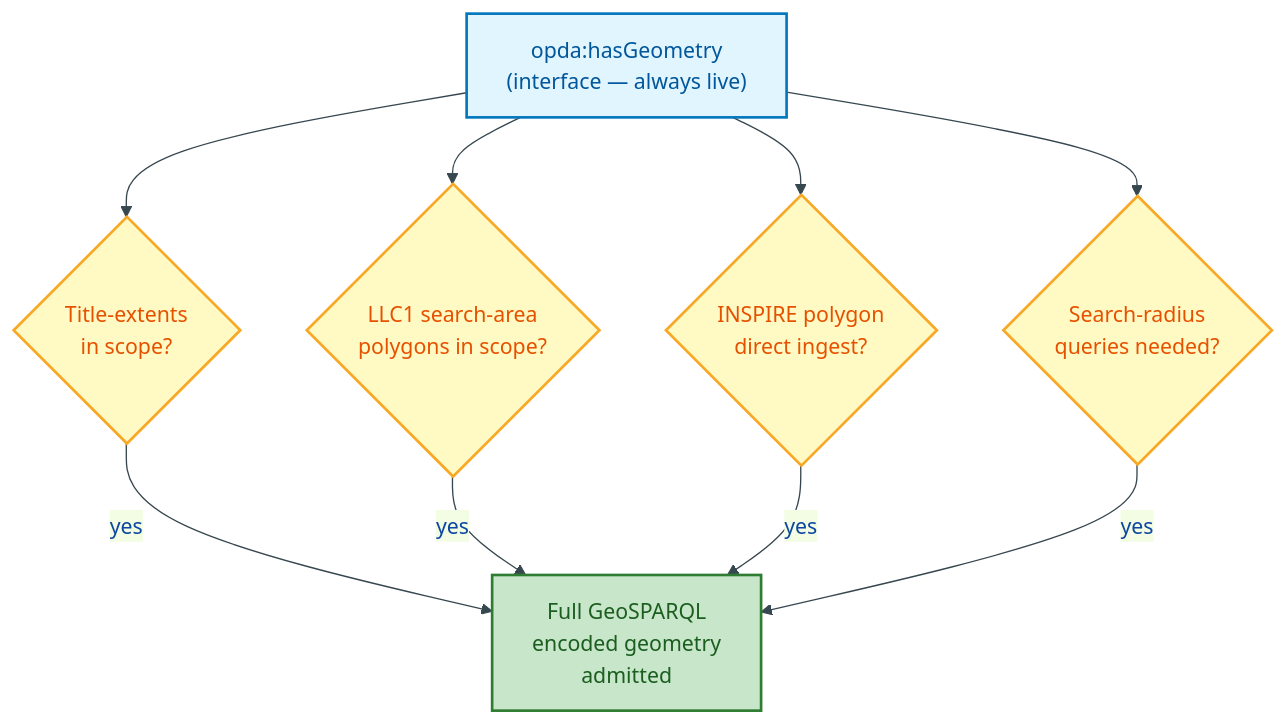
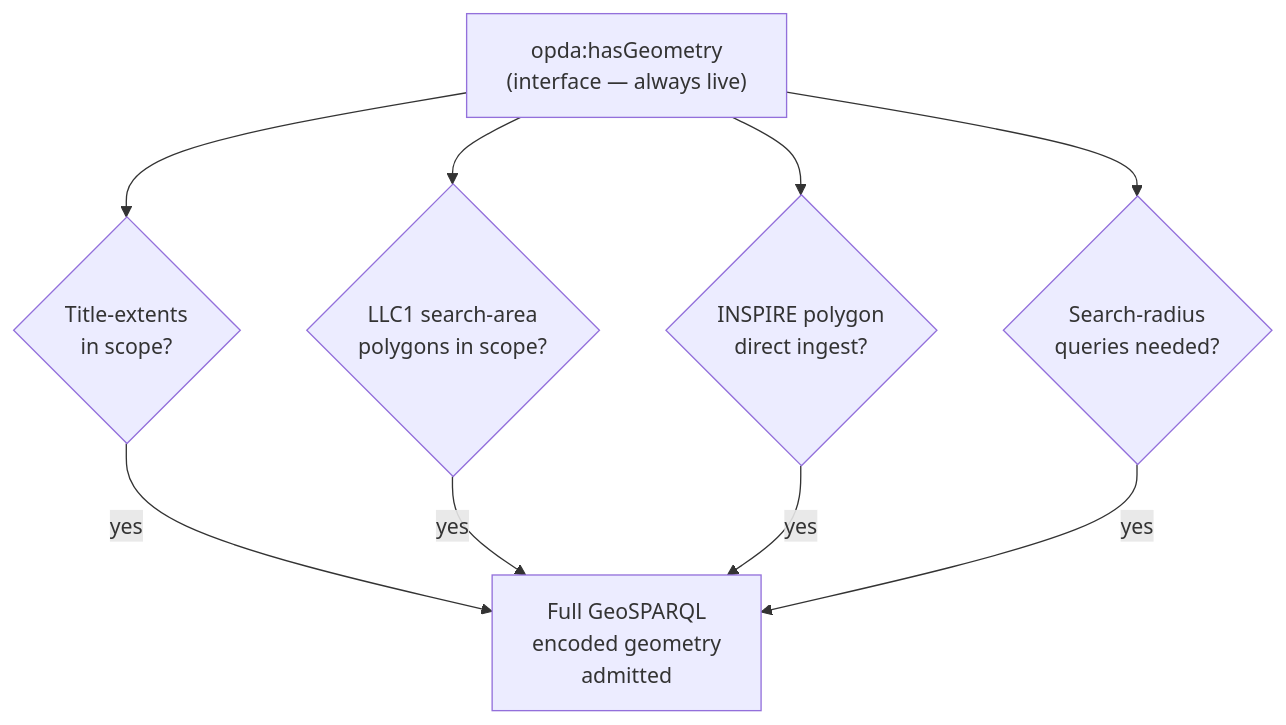
Before and after one commit to sparkling/opda: the third of 4 diagrams in docs/ontology/odr/ODR-0015-address-and-geography.md, drawn with Mermaid. The commit also changed other lines of this file and 25 other files, not shown here.

````diff
--- a/docs/ontology/odr/ODR-0015-address-and-geography.md
+++ b/docs/ontology/odr/ODR-0015-address-and-geography.md
@@ -92,23 +87,19 @@
 ```mermaid
-%%{init:{"theme":"base","themeVariables":{"primaryColor":"#E3F2FD","primaryTextColor":"#0D47A1","primaryBorderColor":"#1565C0","lineColor":"#37474F"}}}%%
 flowchart TD
     accTitle: GeoSPARQL admission triggers for opda:hasGeometry
     accDescr: opda:hasGeometry is live as an interface; four triggers activate full GeoSPARQL encoded geometry support.
-    classDef process fill:#E1F5FE,stroke:#0277BD,stroke-width:2px,color:#01579B
-    classDef decision fill:#FFF9C4,stroke:#F9A825,stroke-width:2px,color:#E65100
-    classDef output fill:#C8E6C9,stroke:#2E7D32,stroke-width:2px,color:#1B5E20
     IF["opda:hasGeometry<br/>(interface — always live)"]:::process
-    T1{"Title-extents<br/>in scope?"}:::decision
-    T2{"LLC1 search-area<br/>polygons in scope?"}:::decision
-    T3{"INSPIRE polygon<br/>direct ingest?"}:::decision
-    T4{"Search-radius<br/>queries needed?"}:::decision
-    GEO["Full GeoSPARQL<br/>encoded geometry<br/>admitted"]:::output
+    T1{"Title-extents<br/>in scope?"}:::warning
+    T2{"LLC1 search-area<br/>polygons in scope?"}:::warning
+    T3{"INSPIRE polygon<br/>direct ingest?"}:::warning
+    T4{"Search-radius<br/>queries needed?"}:::warning
+    GEO["Full GeoSPARQL<br/>encoded geometry<br/>admitted"]:::success
     IF --> T1
     IF --> T2
     IF --> T3
     IF --> T4
     T1 -->|"yes"| GEO
     T2 -->|"yes"| GEO
     T3 -->|"yes"| GEO
     T4 -->|"yes"| GEO
 ```
````
